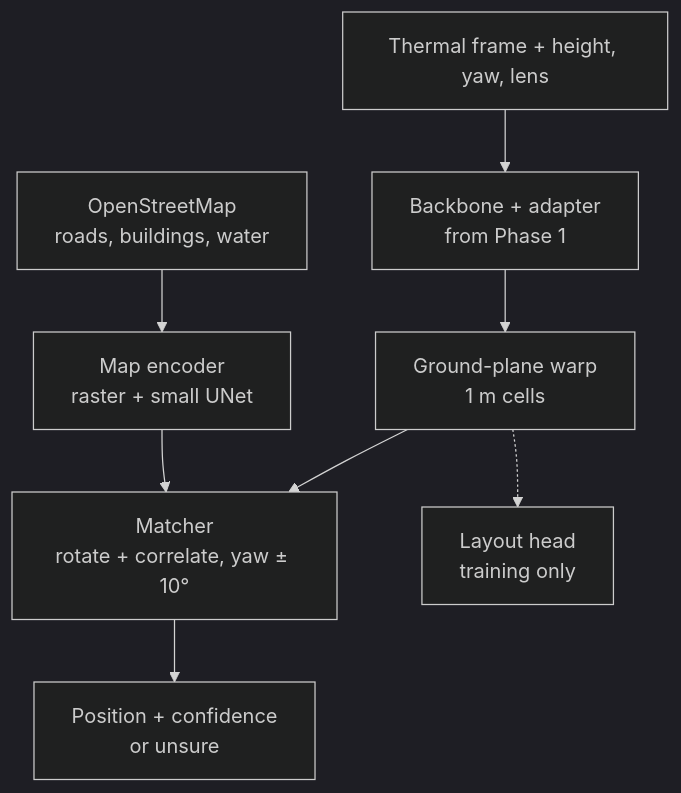
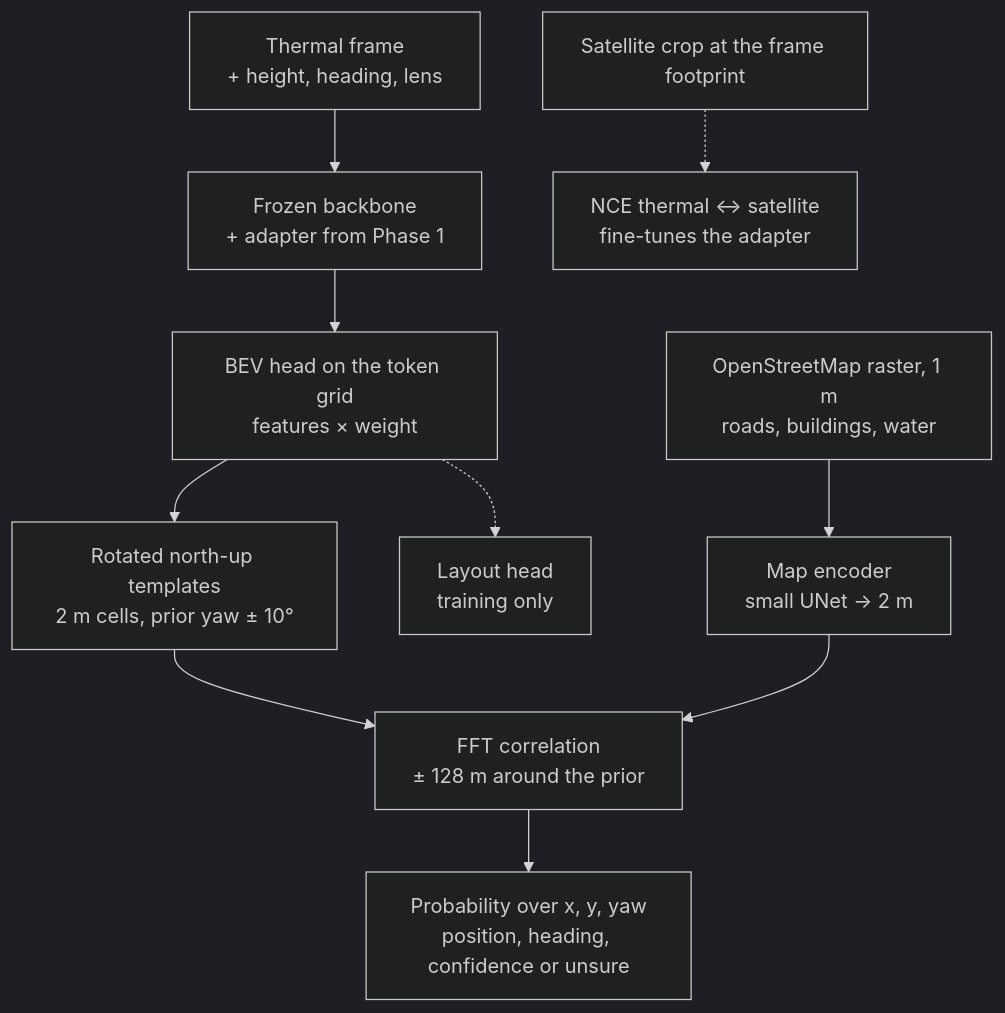
One commit to Ahmadmoo/StructGEO changed the second of 2 diagrams in PLAN.md. Above: the diagram before and after it, drawn with Mermaid (dark theme). The commit also changed other lines of this file and 18 other files, not shown here.

````diff
--- a/PLAN.md
+++ b/PLAN.md
@@ -127,10 +140,12 @@
 ```mermaid
 flowchart TB
-  TF[Thermal frame + height, yaw, lens] --> SA[Backbone + adapter<br/>from Phase 1]
-  SA --> W[Ground-plane warp<br/>1 m cells]
-  OSM[OpenStreetMap<br/>roads, buildings, water] --> ME[Map encoder<br/>raster + small UNet]
-  W --> M[Matcher<br/>rotate + correlate, yaw ± 10°]
+  TF[Thermal frame<br/>+ height, heading, lens] --> BB[Frozen backbone<br/>+ adapter from Phase 1]
+  BB --> BH[BEV head on the token grid<br/>features × weight]
+  BH --> TP[Rotated north-up templates<br/>2 m cells, prior yaw ± 10°]
+  OSM[OpenStreetMap raster, 1 m<br/>roads, buildings, water] --> ME[Map encoder<br/>small UNet → 2 m]
+  TP --> M[FFT correlation<br/>± 128 m around the prior]
   ME --> M
-  W -.-> LH[Layout head<br/>training only]
-  M --> OUT[Position + confidence<br/>or unsure]
+  M --> OUT[Probability over x, y, yaw<br/>position, heading, confidence or unsure]
+  BH -.-> LH[Layout head<br/>training only]
+  SAT[Satellite crop at the frame footprint] -.-> NCE[NCE thermal ↔ satellite<br/>fine-tunes the adapter]
 ```
````
